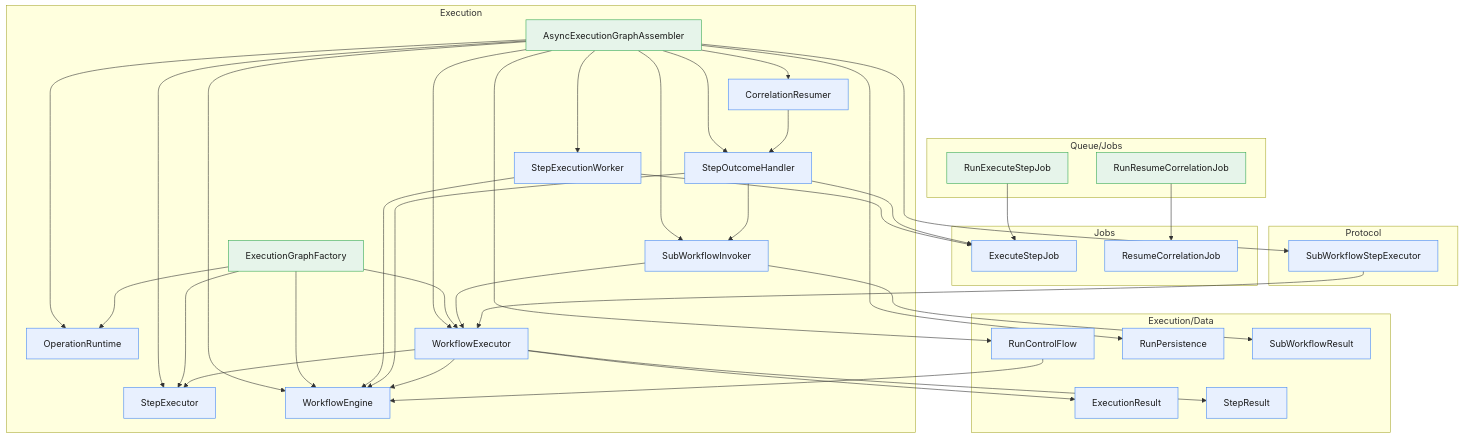
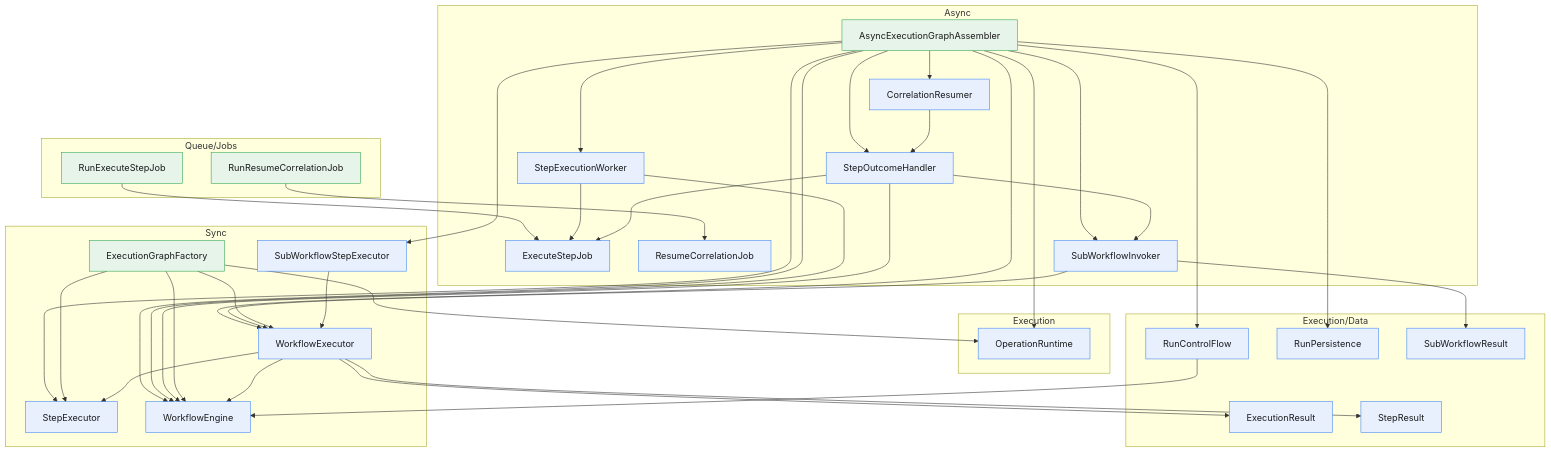
The diagram in docs/generated/pipeline-flow.md (Mohammed-Alama/php-arazzo), drawn with Mermaid before and after one commit. The commit also changed other lines of this file and 83 other files, not shown here.

Commit message:
refactor(runner): split execution into Async/Sync namespaces with registry rewire (F2.0)

````diff
--- a/docs/generated/pipeline-flow.md
+++ b/docs/generated/pipeline-flow.md
@@ -12,67 +12,67 @@
 ```mermaid
 flowchart TD
+    subgraph G_Async["Async"]
+        Alama_Arazzo_Runner_Async_AsyncExecutionGraphAssembler["AsyncExecutionGraphAssembler"]:::entry
+        Alama_Arazzo_Runner_Async_CorrelationResumer["CorrelationResumer"]:::service
+        Alama_Arazzo_Runner_Async_ExecuteStepJob["ExecuteStepJob"]:::service
+        Alama_Arazzo_Runner_Async_ResumeCorrelationJob["ResumeCorrelationJob"]:::service
+        Alama_Arazzo_Runner_Async_StepExecutionWorker["StepExecutionWorker"]:::service
+        Alama_Arazzo_Runner_Async_StepOutcomeHandler["StepOutcomeHandler"]:::service
+        Alama_Arazzo_Runner_Async_SubWorkflowInvoker["SubWorkflowInvoker"]:::service
+    end
     subgraph G_Execution["Execution"]
-        Alama_Arazzo_Runner_Execution_AsyncExecutionGraphAssembler["AsyncExecutionGraphAssembler"]:::entry
-        Alama_Arazzo_Runner_Execution_CorrelationResumer["CorrelationResumer"]:::service
-        Alama_Arazzo_Runner_Execution_ExecutionGraphFactory["ExecutionGraphFactory"]:::entry
         Alama_Arazzo_Runner_Execution_OperationRuntime["OperationRuntime"]:::service
-        Alama_Arazzo_Runner_Execution_StepExecutionWorker["StepExecutionWorker"]:::service
-        Alama_Arazzo_Runner_Execution_StepExecutor["StepExecutor"]:::service
-        Alama_Arazzo_Runner_Execution_StepOutcomeHandler["StepOutcomeHandler"]:::service
-        Alama_Arazzo_Runner_Execution_SubWorkflowInvoker["SubWorkflowInvoker"]:::service
-        Alama_Arazzo_Runner_Execution_WorkflowEngine["WorkflowEngine"]:::service
-        Alama_Arazzo_Runner_Execution_WorkflowExecutor["WorkflowExecutor"]:::service
     end
     subgraph G_Execution_Data["Execution/Data"]
         Alama_Arazzo_Runner_Execution_Data_ExecutionResult["ExecutionResult"]:::service
         Alama_Arazzo_Runner_Execution_Data_RunControlFlow["RunControlFlow"]:::service
         Alama_Arazzo_Runner_Execution_Data_RunPersistence["RunPersistence"]:::service
         Alama_Arazzo_Runner_Execution_Data_StepResult["StepResult"]:::service
         Alama_Arazzo_Runner_Execution_Data_SubWorkflowResult["SubWorkflowResult"]:::service
     end
-    subgraph G_Jobs["Jobs"]
-        Alama_Arazzo_Runner_Jobs_ExecuteStepJob["ExecuteStepJob"]:::service
-        Alama_Arazzo_Runner_Jobs_ResumeCorrelationJob["ResumeCorrelationJob"]:::service
-    end
-    subgraph G_Protocol["Protocol"]
-        Alama_Arazzo_Runner_Protocol_SubWorkflowStepExecutor["SubWorkflowStepExecutor"]:::service
-    end
     subgraph G_Queue_Jobs["Queue/Jobs"]
         Alama_Arazzo_Laravel_Queue_Jobs_RunExecuteStepJob["RunExecuteStepJob"]:::entry
         Alama_Arazzo_Laravel_Queue_Jobs_RunResumeCorrelationJob["RunResumeCorrelationJob"]:::entry
     end
-    Alama_Arazzo_Laravel_Queue_Jobs_RunExecuteStepJob --> Alama_Arazzo_Runner_Jobs_ExecuteStepJob
-    Alama_Arazzo_Laravel_Queue_Jobs_RunResumeCorrelationJob --> Alama_Arazzo_Runner_Jobs_ResumeCorrelationJob
-    Alama_Arazzo_Runner_Execution_AsyncExecutionGraphAssembler --> Alama_Arazzo_Runner_Execution_CorrelationResumer
-    Alama_Arazzo_Runner_Execution_AsyncExecutionGraphAssembler --> Alama_Arazzo_Runner_Execution_Data_RunControlFlow
-    Alama_Arazzo_Runner_Execution_AsyncExecutionGraphAssembler --> Alama_Arazzo_Runner_Execution_Data_RunPersistence
-    Alama_Arazzo_Runner_Execution_AsyncExecutionGraphAssembler --> Alama_Arazzo_Runner_Execution_OperationRuntime
-    Alama_Arazzo_Runner_Execution_AsyncExecutionGraphAssembler --> Alama_Arazzo_Runner_Execution_StepExecutionWorker
-    Alama_Arazzo_Runner_Execution_AsyncExecutionGraphAssembler --> Alama_Arazzo_Runner_Execution_StepExecutor
-    Alama_Arazzo_Runner_Execution_AsyncExecutionGraphAssembler --> Alama_Arazzo_Runner_Execution_StepOutcomeHandler
-    Alama_Arazzo_Runner_Execution_AsyncExecutionGraphAssembler --> Alama_Arazzo_Runner_Execution_SubWorkflowInvoker
-    Alama_Arazzo_Runner_Execution_AsyncExecutionGraphAssembler --> Alama_Arazzo_Runner_Execution_WorkflowEngine
-    Alama_Arazzo_Runner_Execution_AsyncExecutionGraphAssembler --> Alama_Arazzo_Runner_Execution_WorkflowExecutor
-    Alama_Arazzo_Runner_Execution_AsyncExecutionGraphAssembler --> Alama_Arazzo_Runner_Protocol_SubWorkflowStepExecutor
-    Alama_Arazzo_Runner_Execution_CorrelationResumer --> Alama_Arazzo_Runner_Execution_StepOutcomeHandler
-    Alama_Arazzo_Runner_Execution_Data_RunControlFlow --> Alama_Arazzo_Runner_Execution_WorkflowEngine
-    Alama_Arazzo_Runner_Execution_ExecutionGraphFactory --> Alama_Arazzo_Runner_Execution_OperationRuntime
-    Alama_Arazzo_Runner_Execution_ExecutionGraphFactory --> Alama_Arazzo_Runner_Execution_StepExecutor
-    Alama_Arazzo_Runner_Execution_ExecutionGraphFactory --> Alama_Arazzo_Runner_Execution_WorkflowEngine
-    Alama_Arazzo_Runner_Execution_ExecutionGraphFactory --> Alama_Arazzo_Runner_Execution_WorkflowExecutor
-    Alama_Arazzo_Runner_Execution_StepExecutionWorker --> Alama_Arazzo_Runner_Execution_WorkflowEngine
-    Alama_Arazzo_Runner_Execution_StepExecutionWorker --> Alama_Arazzo_Runner_Jobs_ExecuteStepJob
-    Alama_Arazzo_Runner_Execution_StepOutcomeHandler --> Alama_Arazzo_Runner_Execution_SubWorkflowInvoker
-    Alama_Arazzo_Runner_Execution_StepOutcomeHandler --> Alama_Arazzo_Runner_Execution_WorkflowEngine
-    Alama_Arazzo_Runner_Execution_StepOutcomeHandler --> Alama_Arazzo_Runner_Jobs_ExecuteStepJob
-    Alama_Arazzo_Runner_Execution_SubWorkflowInvoker --> Alama_Arazzo_Runner_Execution_Data_SubWorkflowResult
-    Alama_Arazzo_Runner_Execution_SubWorkflowInvoker --> Alama_Arazzo_Runner_Execution_WorkflowExecutor
-    Alama_Arazzo_Runner_Execution_WorkflowExecutor --> Alama_Arazzo_Runner_Execution_Data_ExecutionResult
-    Alama_Arazzo_Runner_Execution_WorkflowExecutor --> Alama_Arazzo_Runner_Execution_Data_StepResult
-    Alama_Arazzo_Runner_Execution_WorkflowExecutor --> Alama_Arazzo_Runner_Execution_StepExecutor
-    Alama_Arazzo_Runner_Execution_WorkflowExecutor --> Alama_Arazzo_Runner_Execution_WorkflowEngine
-    Alama_Arazzo_Runner_Protocol_SubWorkflowStepExecutor --> Alama_Arazzo_Runner_Execution_WorkflowExecutor
+    subgraph G_Sync["Sync"]
+        Alama_Arazzo_Runner_Sync_ExecutionGraphFactory["ExecutionGraphFactory"]:::entry
+        Alama_Arazzo_Runner_Sync_StepExecutor["StepExecutor"]:::service
+        Alama_Arazzo_Runner_Sync_SubWorkflowStepExecutor["SubWorkflowStepExecutor"]:::service
+        Alama_Arazzo_Runner_Sync_WorkflowEngine["WorkflowEngine"]:::service
+        Alama_Arazzo_Runner_Sync_WorkflowExecutor["WorkflowExecutor"]:::service
+    end
+    Alama_Arazzo_Laravel_Queue_Jobs_RunExecuteStepJob --> Alama_Arazzo_Runner_Async_ExecuteStepJob
+    Alama_Arazzo_Laravel_Queue_Jobs_RunResumeCorrelationJob --> Alama_Arazzo_Runner_Async_ResumeCorrelationJob
+    Alama_Arazzo_Runner_Async_AsyncExecutionGraphAssembler --> Alama_Arazzo_Runner_Async_CorrelationResumer
+    Alama_Arazzo_Runner_Async_AsyncExecutionGraphAssembler --> Alama_Arazzo_Runner_Async_StepExecutionWorker
+    Alama_Arazzo_Runner_Async_AsyncExecutionGraphAssembler --> Alama_Arazzo_Runner_Async_StepOutcomeHandler
+    Alama_Arazzo_Runner_Async_AsyncExecutionGraphAssembler --> Alama_Arazzo_Runner_Async_SubWorkflowInvoker
+    Alama_Arazzo_Runner_Async_AsyncExecutionGraphAssembler --> Alama_Arazzo_Runner_Execution_Data_RunControlFlow
+    Alama_Arazzo_Runner_Async_AsyncExecutionGraphAssembler --> Alama_Arazzo_Runner_Execution_Data_RunPersistence
+    Alama_Arazzo_Runner_Async_AsyncExecutionGraphAssembler --> Alama_Arazzo_Runner_Execution_OperationRuntime
+    Alama_Arazzo_Runner_Async_AsyncExecutionGraphAssembler --> Alama_Arazzo_Runner_Sync_StepExecutor
+    Alama_Arazzo_Runner_Async_AsyncExecutionGraphAssembler --> Alama_Arazzo_Runner_Sync_SubWorkflowStepExecutor
+    Alama_Arazzo_Runner_Async_AsyncExecutionGraphAssembler --> Alama_Arazzo_Runner_Sync_WorkflowEngine
+    Alama_Arazzo_Runner_Async_AsyncExecutionGraphAssembler --> Alama_Arazzo_Runner_Sync_WorkflowExecutor
+    Alama_Arazzo_Runner_Async_CorrelationResumer --> Alama_Arazzo_Runner_Async_StepOutcomeHandler
+    Alama_Arazzo_Runner_Async_StepExecutionWorker --> Alama_Arazzo_Runner_Async_ExecuteStepJob
+    Alama_Arazzo_Runner_Async_StepExecutionWorker --> Alama_Arazzo_Runner_Sync_WorkflowEngine
+    Alama_Arazzo_Runner_Async_StepOutcomeHandler --> Alama_Arazzo_Runner_Async_ExecuteStepJob
+    Alama_Arazzo_Runner_Async_StepOutcomeHandler --> Alama_Arazzo_Runner_Async_SubWorkflowInvoker
+    Alama_Arazzo_Runner_Async_StepOutcomeHandler --> Alama_Arazzo_Runner_Sync_WorkflowEngine
+    Alama_Arazzo_Runner_Async_SubWorkflowInvoker --> Alama_Arazzo_Runner_Execution_Data_SubWorkflowResult
+    Alama_Arazzo_Runner_Async_SubWorkflowInvoker --> Alama_Arazzo_Runner_Sync_WorkflowExecutor
+    Alama_Arazzo_Runner_Execution_Data_RunControlFlow --> Alama_Arazzo_Runner_Sync_WorkflowEngine
+    Alama_Arazzo_Runner_Sync_ExecutionGraphFactory --> Alama_Arazzo_Runner_Execution_OperationRuntime
+    Alama_Arazzo_Runner_Sync_ExecutionGraphFactory --> Alama_Arazzo_Runner_Sync_StepExecutor
+    Alama_Arazzo_Runner_Sync_ExecutionGraphFactory --> Alama_Arazzo_Runner_Sync_WorkflowEngine
+    Alama_Arazzo_Runner_Sync_ExecutionGraphFactory --> Alama_Arazzo_Runner_Sync_WorkflowExecutor
+    Alama_Arazzo_Runner_Sync_SubWorkflowStepExecutor --> Alama_Arazzo_Runner_Sync_WorkflowExecutor
+    Alama_Arazzo_Runner_Sync_WorkflowExecutor --> Alama_Arazzo_Runner_Execution_Data_ExecutionResult
+    Alama_Arazzo_Runner_Sync_WorkflowExecutor --> Alama_Arazzo_Runner_Execution_Data_StepResult
+    Alama_Arazzo_Runner_Sync_WorkflowExecutor --> Alama_Arazzo_Runner_Sync_StepExecutor
+    Alama_Arazzo_Runner_Sync_WorkflowExecutor --> Alama_Arazzo_Runner_Sync_WorkflowEngine
     classDef entry fill:#e6f4ea,stroke:#34a853,color:#1a1a1a;
     classDef service fill:#e8f0fe,stroke:#4285f4,color:#1a1a1a;
     classDef laravelNode fill:#fef7e0,stroke:#f9ab00,color:#1a1a1a;
 ```
````
